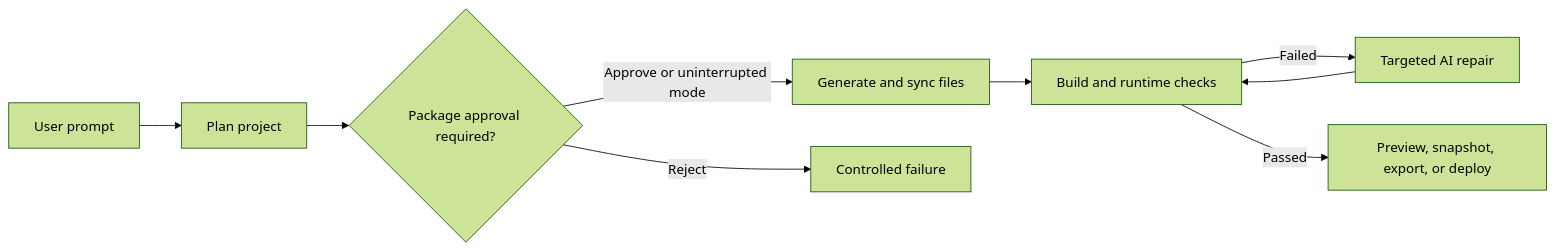
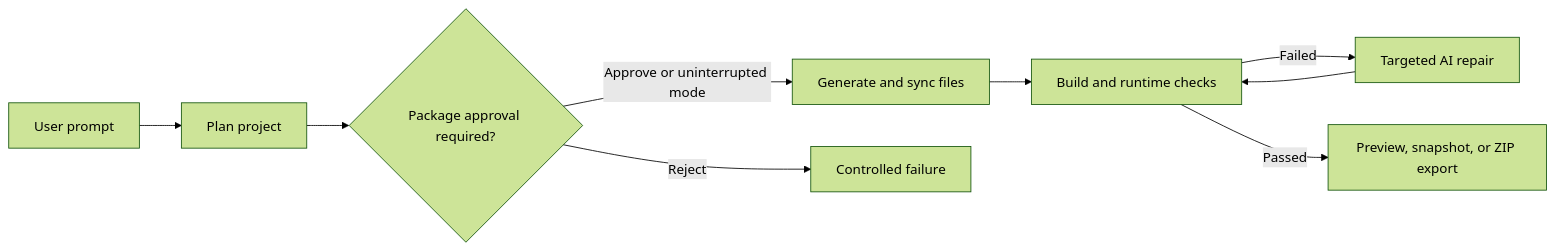
The diagram in README.md (peter890176/website-builder-agent), drawn with Mermaid (forest theme) before and after one commit. The commit also changed other lines of this file and 9 other files, not shown here.

````diff
--- a/README.md
+++ b/README.md
@@ -15,11 +15,11 @@
 ```mermaid
 flowchart LR
     A["User prompt"] --> B["Plan project"]
     B --> C{"Package approval required?"}
     C -- "Approve or uninterrupted mode" --> D["Generate and sync files"]
     C -- "Reject" --> X["Controlled failure"]
     D --> E["Build and runtime checks"]
     E -- "Failed" --> F["Targeted AI repair"]
     F --> E
-    E -- "Passed" --> G["Preview, snapshot, export, or deploy"]
+    E -- "Passed" --> G["Preview, snapshot, or ZIP export"]
 ```
````
